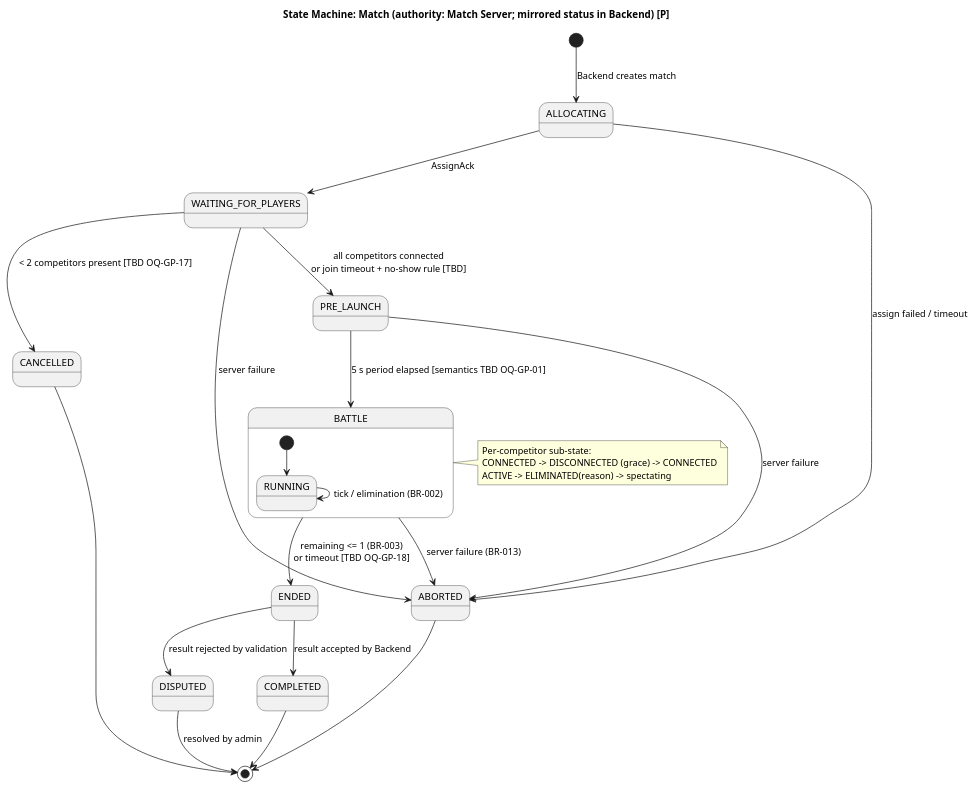
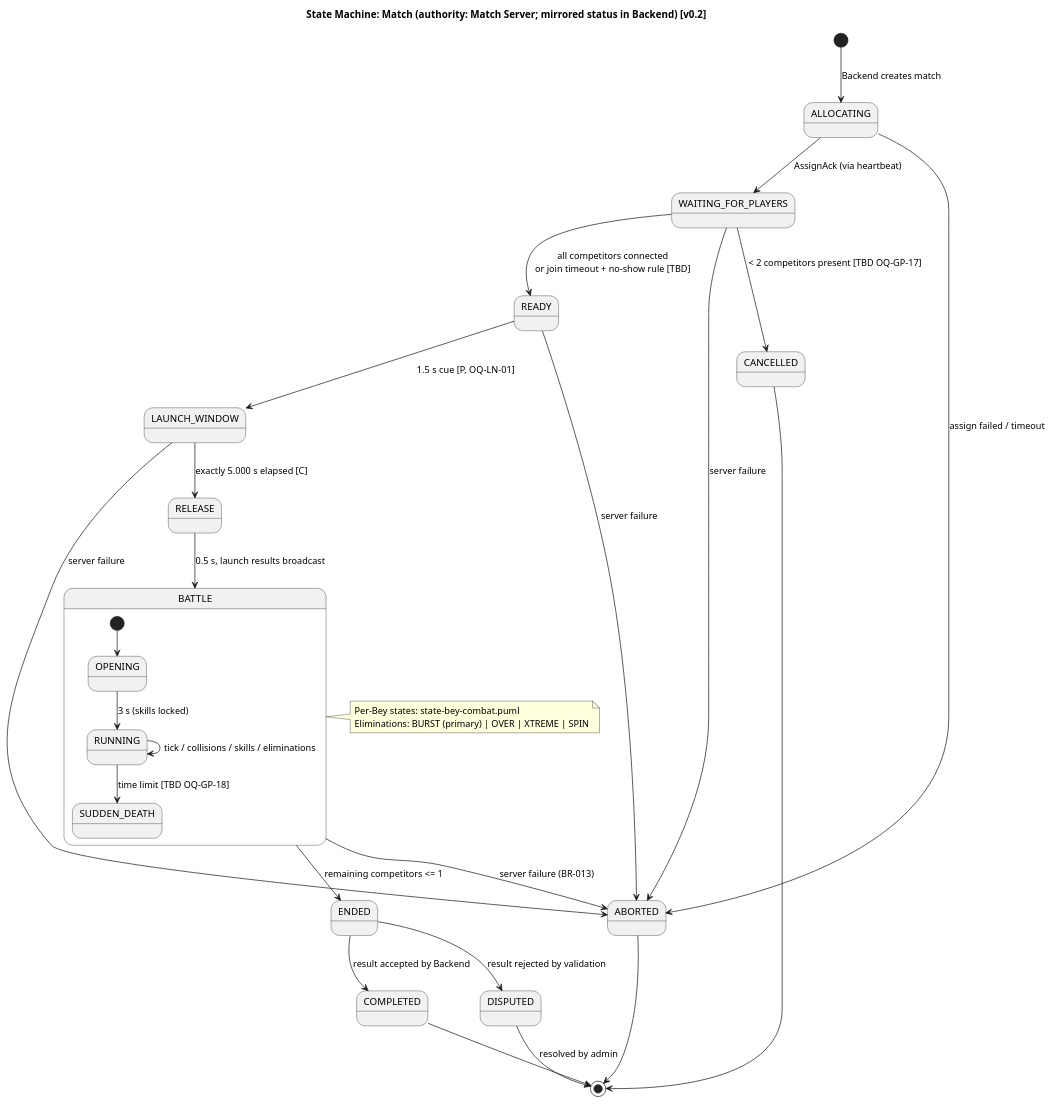
One commit to houcine212-hub/Bayblade_Sesytem changed the diagram in docs/02-uml/state-match.puml. Above: the diagram before and after it, drawn with PlantUML. The commit also changed 59 other files, not shown here.

```diff
--- a/docs/02-uml/state-match.puml
+++ b/docs/02-uml/state-match.puml
@@ -1,28 +1,32 @@
 @startuml state-match
-title State Machine: Match (authority: Match Server; mirrored status in Backend) [P]
+title State Machine: Match (authority: Match Server; mirrored status in Backend) [v0.2]
 [*] --> ALLOCATING : Backend creates match
-ALLOCATING --> WAITING_FOR_PLAYERS : AssignAck
+ALLOCATING --> WAITING_FOR_PLAYERS : AssignAck (via heartbeat)
 ALLOCATING --> ABORTED : assign failed / timeout
-WAITING_FOR_PLAYERS --> PRE_LAUNCH : all competitors connected\nor join timeout + no-show rule [TBD]
+WAITING_FOR_PLAYERS --> READY : all competitors connected\nor join timeout + no-show rule [TBD]
 WAITING_FOR_PLAYERS --> CANCELLED : < 2 competitors present [TBD OQ-GP-17]
-PRE_LAUNCH --> BATTLE : 5 s period elapsed [semantics TBD OQ-GP-01]
+READY --> LAUNCH_WINDOW : 1.5 s cue [P, OQ-LN-01]
+LAUNCH_WINDOW --> RELEASE : exactly 5.000 s elapsed [C]
+RELEASE --> BATTLE : 0.5 s, launch results broadcast
 state BATTLE {
-  [*] --> RUNNING
-  RUNNING --> RUNNING : tick / elimination (BR-002)
+  [*] --> OPENING
+  OPENING --> RUNNING : 3 s (skills locked)
+  RUNNING --> RUNNING : tick / collisions / skills / eliminations
+  RUNNING --> SUDDEN_DEATH : time limit [TBD OQ-GP-18]
 }
-BATTLE --> ENDED : remaining <= 1 (BR-003)\nor timeout [TBD OQ-GP-18]
+BATTLE --> ENDED : remaining competitors <= 1
 ENDED --> COMPLETED : result accepted by Backend
 ENDED --> DISPUTED : result rejected by validation
-PRE_LAUNCH --> ABORTED : server failure
+READY --> ABORTED : server failure
+LAUNCH_WINDOW --> ABORTED : server failure
 BATTLE --> ABORTED : server failure (BR-013)
 WAITING_FOR_PLAYERS --> ABORTED : server failure
 COMPLETED --> [*]
 CANCELLED --> [*]
 ABORTED --> [*]
 DISPUTED --> [*] : resolved by admin
 note right of BATTLE
-  Per-competitor sub-state:
-  CONNECTED -> DISCONNECTED (grace) -> CONNECTED
-  ACTIVE -> ELIMINATED(reason) -> spectating
+  Per-Bey states: state-bey-combat.puml
+  Eliminations: BURST (primary) | OVER | XTREME | SPIN
 end note
 @enduml
```
